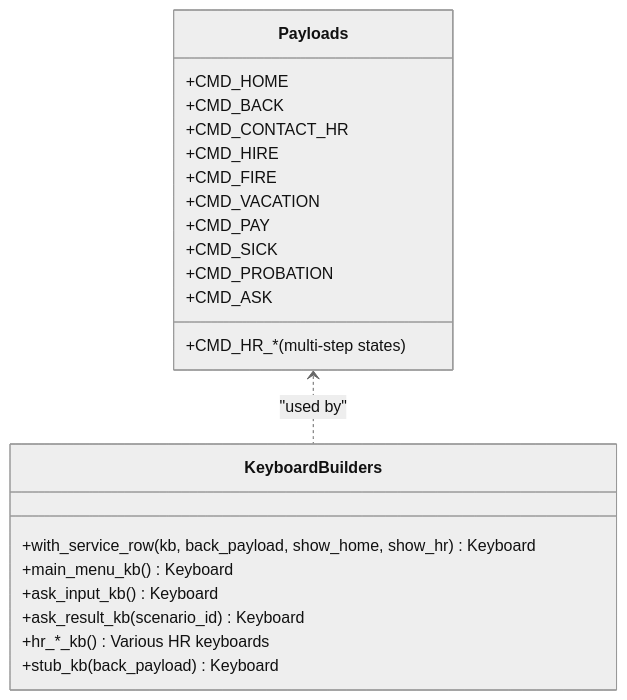
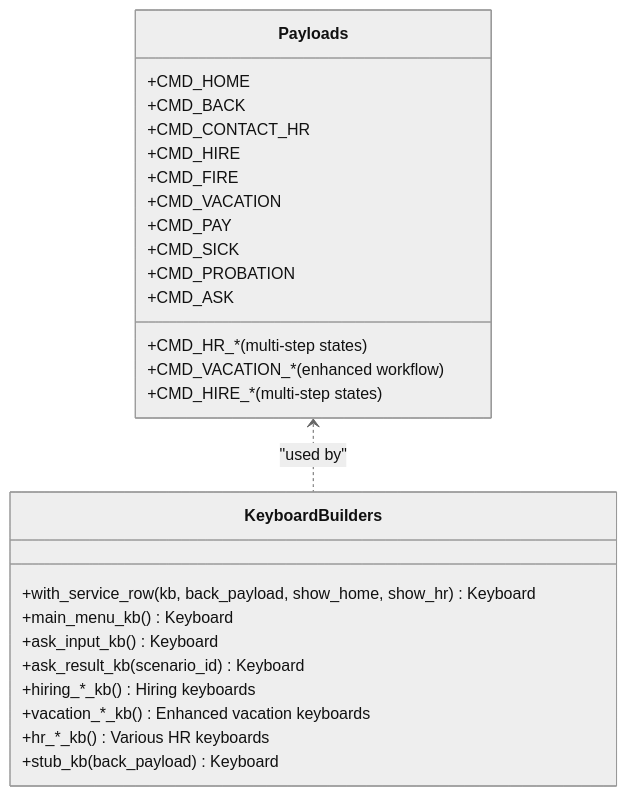
One commit to ognelis/cafetera_hr_bot changed diagram 11 of 16 in .qoder/repowiki/en/content/VK Integration/VK Integration.md. Above: the diagram before and after it, drawn with Mermaid (neutral theme). The commit also changed other lines of this file and 26 other files, not shown here.

````diff
--- a/.qoder/repowiki/en/content/VK Integration/VK Integration.md
+++ b/.qoder/repowiki/en/content/VK Integration/VK Integration.md
@@ -603,25 +658,29 @@
 ```mermaid
 classDiagram
 class Payloads {
 +CMD_HOME
 +CMD_BACK
 +CMD_CONTACT_HR
 +CMD_HIRE
 +CMD_FIRE
 +CMD_VACATION
 +CMD_PAY
 +CMD_SICK
 +CMD_PROBATION
 +CMD_ASK
 +CMD_HR_* (multi-step states)
++CMD_VACATION_* (enhanced workflow)
++CMD_HIRE_* (multi-step states)
 }
 class KeyboardBuilders {
 +with_service_row(kb, back_payload, show_home, show_hr) Keyboard
 +main_menu_kb() Keyboard
 +ask_input_kb() Keyboard
 +ask_result_kb(scenario_id) Keyboard
++hiring_*_kb() Hiring keyboards
++vacation_*_kb() Enhanced vacation keyboards
 +hr_*_kb() Various HR keyboards
 +stub_kb(back_payload) Keyboard
 }
 Payloads <.. KeyboardBuilders : "used by"
 ```
````
